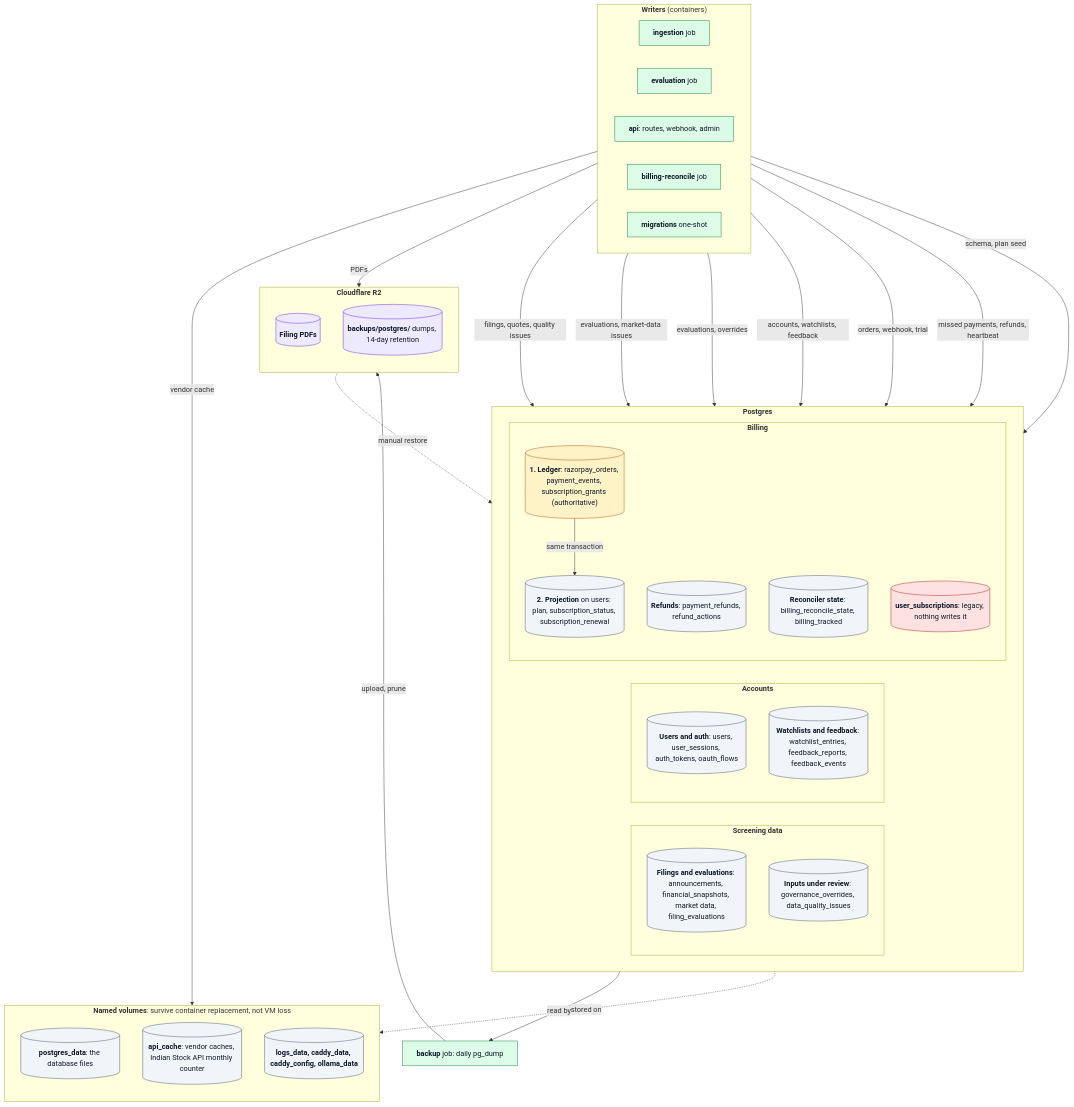
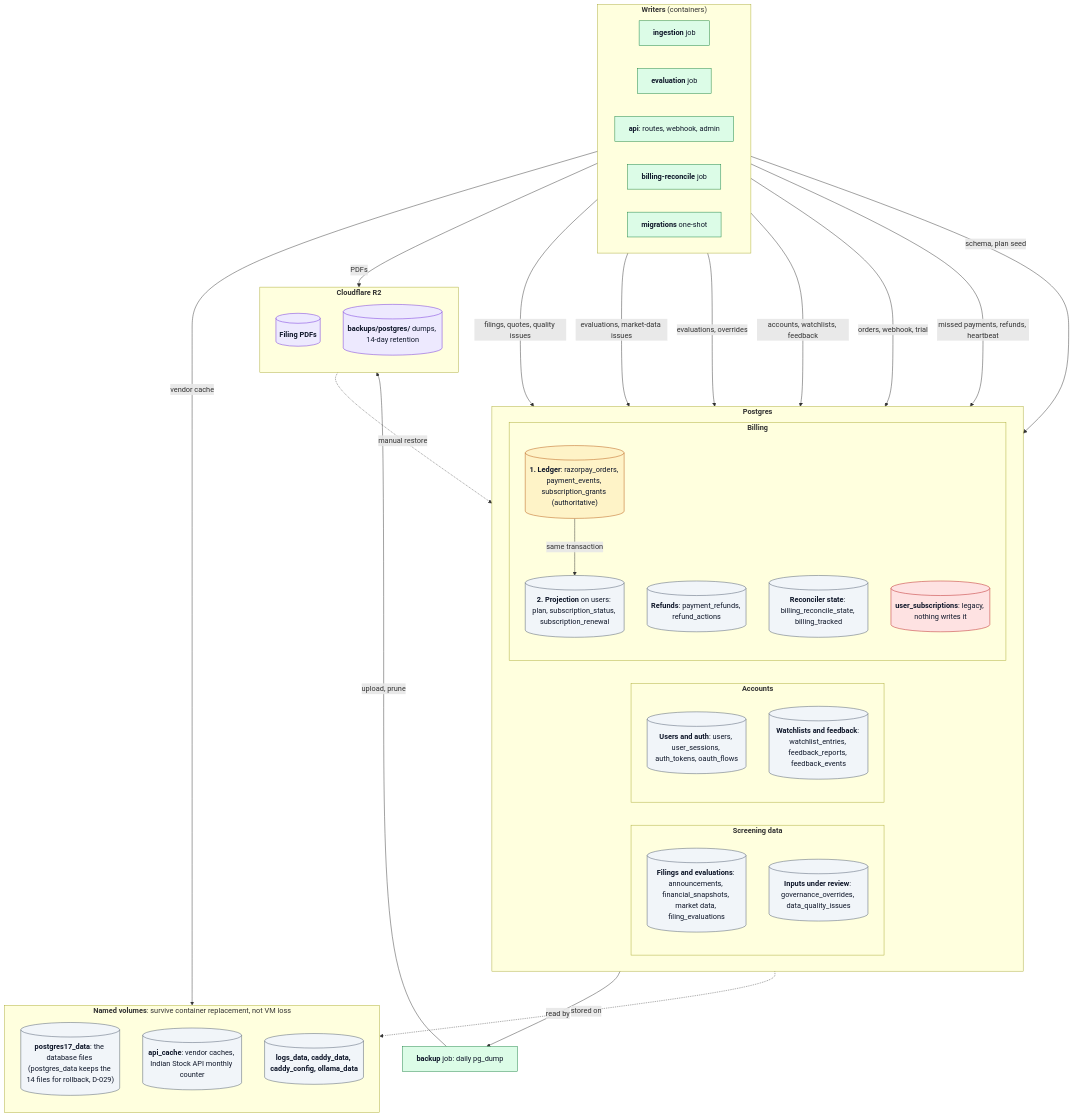
Before and after one commit to hamza-aziz-ai/HalalLens: the third of 3 diagrams in docs/ARCHITECTURE.md, drawn with Mermaid. The commit also changed other lines of this file and 12 other files, not shown here.

````diff
--- a/docs/ARCHITECTURE.md
+++ b/docs/ARCHITECTURE.md
@@ -272,74 +272,74 @@
 ```mermaid
 flowchart TB
   subgraph W["`**Writers** (containers)`"]
     direction LR
     ING["`**ingestion** job`"]
     EVAL["`**evaluation** job`"]
     API["`**api**: routes, webhook, admin`"]
     REC["`**billing-reconcile** job`"]
     MIG["`**migrations** one-shot`"]
   end
 
   subgraph PG["`**Postgres**`"]
     direction LR
     subgraph SCR["`**Screening data**`"]
       direction TB
       FIL[("`**Filings and evaluations**: announcements, financial_snapshots, market data, filing_evaluations`")]
       GOV[("`**Inputs under review**: governance_overrides, data_quality_issues`")]
     end
     subgraph ACC["`**Accounts**`"]
       direction TB
       AUTH[("`**Users and auth**: users, user_sessions, auth_tokens, oauth_flows`")]
       UC[("`**Watchlists and feedback**: watchlist_entries, feedback_reports, feedback_events`")]
     end
     subgraph BILL["`**Billing**`"]
       direction TB
       LED[("`**1. Ledger**: razorpay_orders, payment_events, subscription_grants (authoritative)`")]
       PROJ[("`**2. Projection** on users: plan, subscription_status, subscription_renewal`")]
       RF[("`**Refunds**: payment_refunds, refund_actions`")]
       RS[("`**Reconciler state**: billing_reconcile_state, billing_tracked`")]
       LEG[("`**user_subscriptions**: legacy, nothing writes it`")]
       LED -->|"`same transaction`"| PROJ
     end
   end
 
   BKP["`**backup** job: daily pg_dump`"]
 
   subgraph R2["`**Cloudflare R2**`"]
     direction TB
     PDF[("`**Filing PDFs**`")]
     BK[("`**backups/postgres/** dumps, 14-day retention`")]
   end
 
   subgraph VOL["`**Named volumes**: survive container replacement, not VM loss`"]
     direction TB
-    PGV[("`**postgres_data**: the database files`")]
+    PGV[("`**postgres17_data**: the database files (postgres_data keeps the 14 files for rollback, D-029)`")]
     CACHE[("`**api_cache**: vendor caches, Indian Stock API monthly counter`")]
     OTH[("`**logs_data, caddy_data, caddy_config, ollama_data**`")]
   end
 
   ING -->|"`filings, quotes, quality issues`"| SCR
   EVAL -->|"`evaluations, market-data issues`"| SCR
   API -->|"`evaluations, overrides`"| SCR
   API -->|"`accounts, watchlists, feedback`"| ACC
   API -->|"`orders, webhook, trial`"| BILL
   REC -->|"`missed payments, refunds, heartbeat`"| BILL
   MIG -->|"`schema, plan seed`"| PG
   ING -->|"`PDFs`"| PDF
   API -->|"`vendor cache`"| CACHE
   PG -->|"`read by`"| BKP
   BKP -->|"`upload, prune`"| BK
   PG -.->|"`stored on`"| PGV
   BK -.->|"`manual restore`"| PG
 
   classDef app fill:#dcfce7,stroke:#15803d,color:#0f172a
   classDef store fill:#f1f5f9,stroke:#475569,color:#0f172a
   classDef ledger fill:#fef3c7,stroke:#b45309,color:#0f172a
   classDef ext fill:#ede9fe,stroke:#6d28d9,color:#0f172a
   classDef legacy fill:#fee2e2,stroke:#b91c1c,color:#0f172a
   class API,ING,EVAL,REC,MIG,BKP app
   class FIL,GOV,AUTH,UC,PROJ,RF,RS,PGV,CACHE,OTH store
   class LED ledger
   class PDF,BK ext
   class LEG legacy
 ```
````
